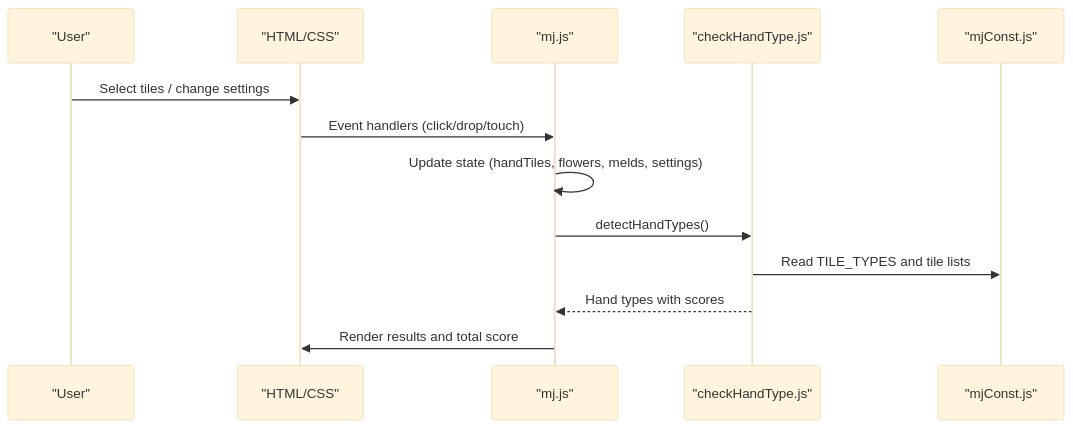
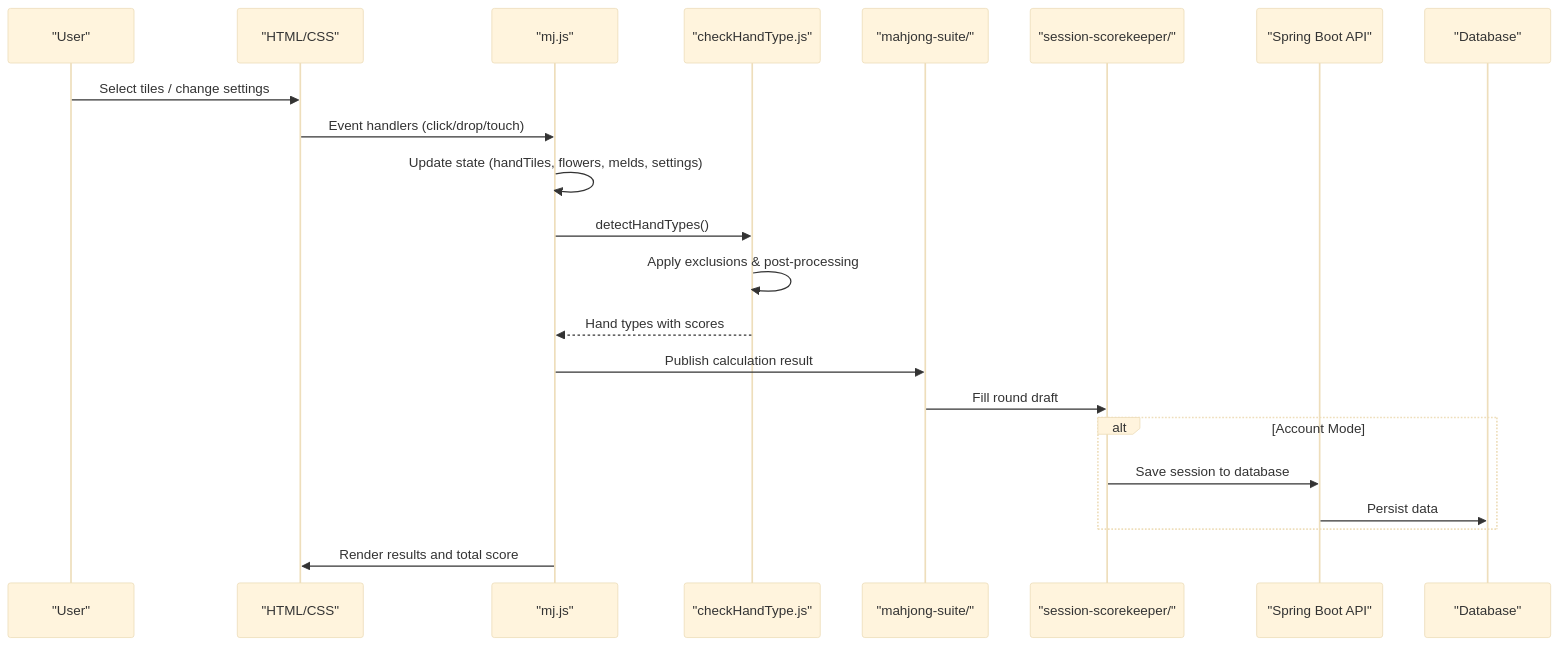
One commit to stc05168/ov-mj-calculator changed the second of 5 diagrams in .qoder/repowiki/en/content/Development Guide/Development Guide.md. Above: the diagram before and after it, drawn with Mermaid (base theme). The commit also changed other lines of this file and 69 other files, not shown here.

````diff
--- a/.qoder/repowiki/en/content/Development Guide/Development Guide.md
+++ b/.qoder/repowiki/en/content/Development Guide/Development Guide.md
@@ -83,15 +145,24 @@
 ```mermaid
 sequenceDiagram
 participant User as "User"
 participant UI as "HTML/CSS"
 participant App as "mj.js"
 participant Score as "checkHandType.js"
-participant Const as "mjConst.js"
+participant Suite as "mahjong-suite/"
+participant Session as "session-scorekeeper/"
+participant API as "Spring Boot API"
+participant DB as "Database"
 User->>UI : Select tiles / change settings
 UI->>App : Event handlers (click/drop/touch)
 App->>App : Update state (handTiles, flowers, melds, settings)
 App->>Score : detectHandTypes()
-Score->>Const : Read TILE_TYPES and tile lists
+Score->>Score : Apply exclusions & post-processing
 Score-->>App : Hand types with scores
+App->>Suite : Publish calculation result
+Suite->>Session : Fill round draft
+alt Account Mode
+Session->>API : Save session to database
+API->>DB : Persist data
+end
 App->>UI : Render results and total score
 ```
````
